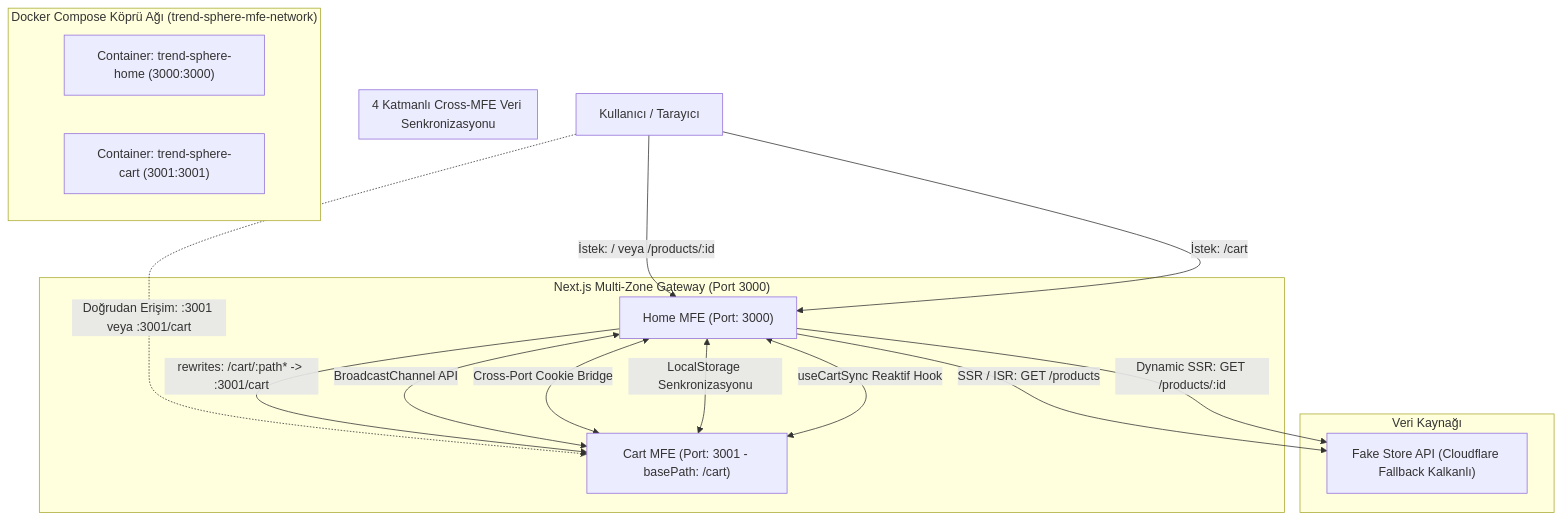
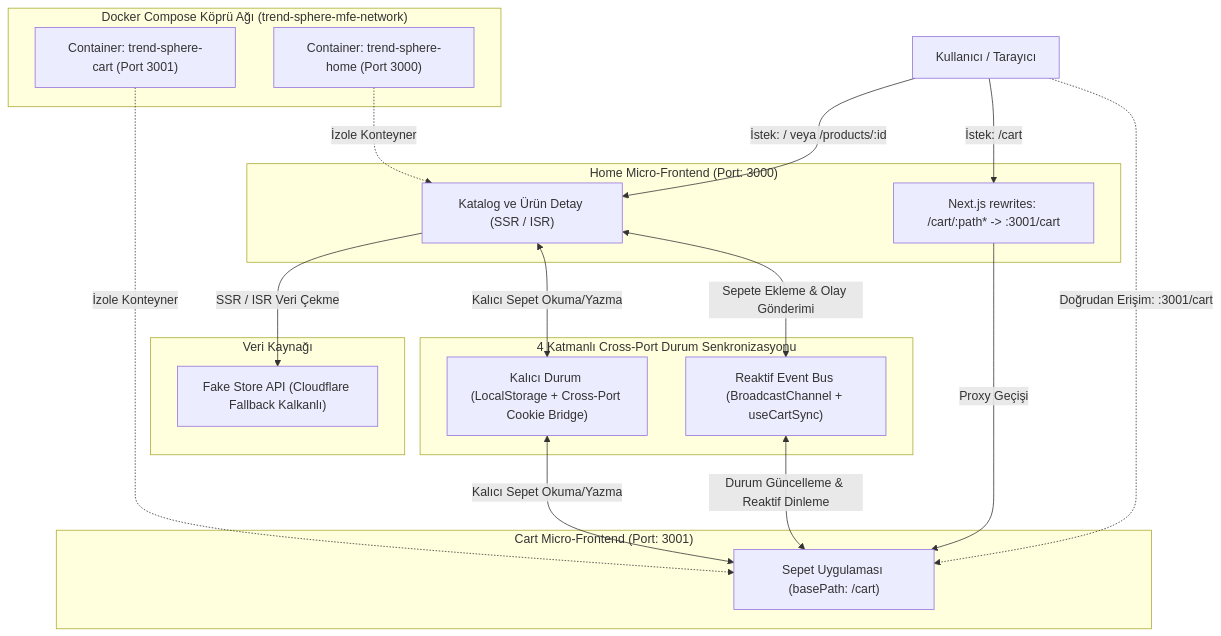
The diagram in README.md (emreiskk/micro-frontend-ecommerce), drawn with Mermaid before and after one commit.

Commit message:
style(docs): optimize Mermaid architecture layout and subgraph grouping in README

````diff
--- a/README.md
+++ b/README.md
@@ -34,27 +34,43 @@
 ```mermaid
 graph TD
-    User["Kullanıcı / Tarayıcı"] -->|"İstek: / veya /products/:id"| HomeApp["Home MFE (Port: 3000)"]
-    User -->|"İstek: /cart"| HomeApp
-    User -.->|"Doğrudan Erişim: :3001 veya :3001/cart"| CartApp["Cart MFE (Port: 3001 - basePath: /cart)"]
-    
-    subgraph MultiZoneGateway ["Next.js Multi-Zone Gateway (Port 3000)"]
-        HomeApp -->|"rewrites: /cart/:path* -> :3001/cart"| CartApp
+    User["Kullanıcı / Tarayıcı"]
+
+    subgraph ZoneHome ["Home Micro-Frontend (Port: 3000)"]
+        HomeApp["Katalog ve Ürün Detay (SSR / ISR)"]
+        MultiZoneProxy["Next.js rewrites: /cart/:path* -> :3001/cart"]
     end
-    
+
+    subgraph ZoneCart ["Cart Micro-Frontend (Port: 3001)"]
+        CartApp["Sepet Uygulaması (basePath: /cart)"]
+    end
+
     subgraph ExternalAPI ["Veri Kaynağı"]
-        HomeApp -->|"SSR / ISR: GET /products"| FakeStoreAPI["Fake Store API (Cloudflare Fallback Kalkanlı)"]
-        HomeApp -->|"Dynamic SSR: GET /products/:id"| FakeStoreAPI
+        FakeStoreAPI["Fake Store API (Cloudflare Fallback Kalkanlı)"]
     end
-    
-    subgraph ReactiveSync ["4 Katmanlı Cross-MFE Veri Senkronizasyonu"]
-        HomeApp <-->|"BroadcastChannel API"| CartApp
-        HomeApp <-->|"Cross-Port Cookie Bridge"| CartApp
-        HomeApp <-->|"LocalStorage Senkronizasyonu"| CartApp
-        HomeApp <-->|"useCartSync Reaktif Hook"| CartApp
+
+    subgraph SyncMechanism ["4 Katmanlı Cross-Port Durum Senkronizasyonu"]
+        SyncBus["Reaktif Event Bus (BroadcastChannel + useCartSync)"]
+        SyncStorage["Kalıcı Durum (LocalStorage + Cross-Port Cookie Bridge)"]
     end
 
     subgraph DockerNetwork ["Docker Compose Köprü Ağı (trend-sphere-mfe-network)"]
-        DockerHome["Container: trend-sphere-home (3000:3000)"]
-        DockerCart["Container: trend-sphere-cart (3001:3001)"]
+        DockerHome["Container: trend-sphere-home (Port 3000)"]
+        DockerCart["Container: trend-sphere-cart (Port 3001)"]
     end
+
+    User -->|"İstek: / veya /products/:id"| HomeApp
+    User -->|"İstek: /cart"| MultiZoneProxy
+    User -.->|"Doğrudan Erişim: :3001/cart"| CartApp
+
+    MultiZoneProxy -->|"Proxy Geçişi"| CartApp
+    HomeApp -->|"SSR / ISR Veri Çekme"| FakeStoreAPI
+
+    HomeApp <-->|"Sepete Ekleme & Olay Gönderimi"| SyncBus
+    SyncBus <-->|"Durum Güncelleme & Reaktif Dinleme"| CartApp
+
+    HomeApp <-->|"Kalıcı Sepet Okuma/Yazma"| SyncStorage
+    SyncStorage <-->|"Kalıcı Sepet Okuma/Yazma"| CartApp
+
+    DockerHome -.->|"İzole Konteyner"| HomeApp
+    DockerCart -.->|"İzole Konteyner"| CartApp
 ```
````
